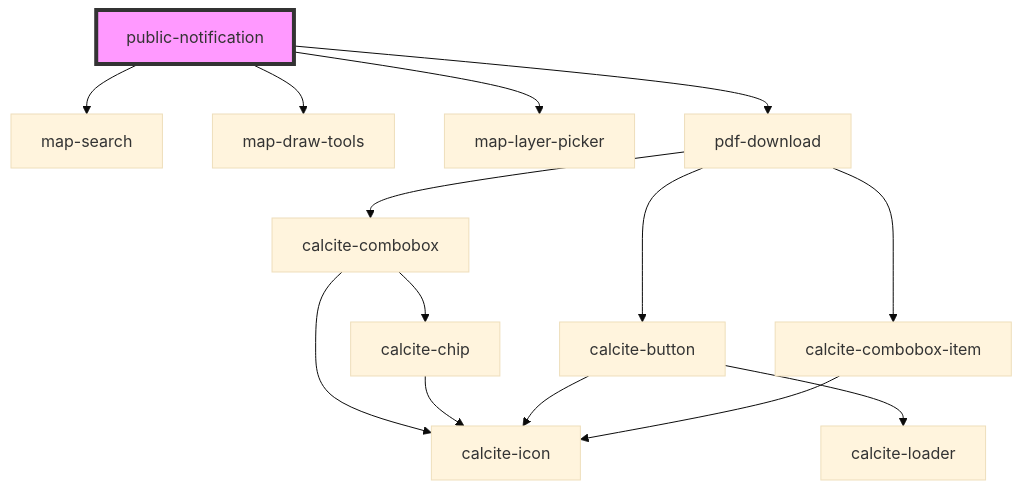
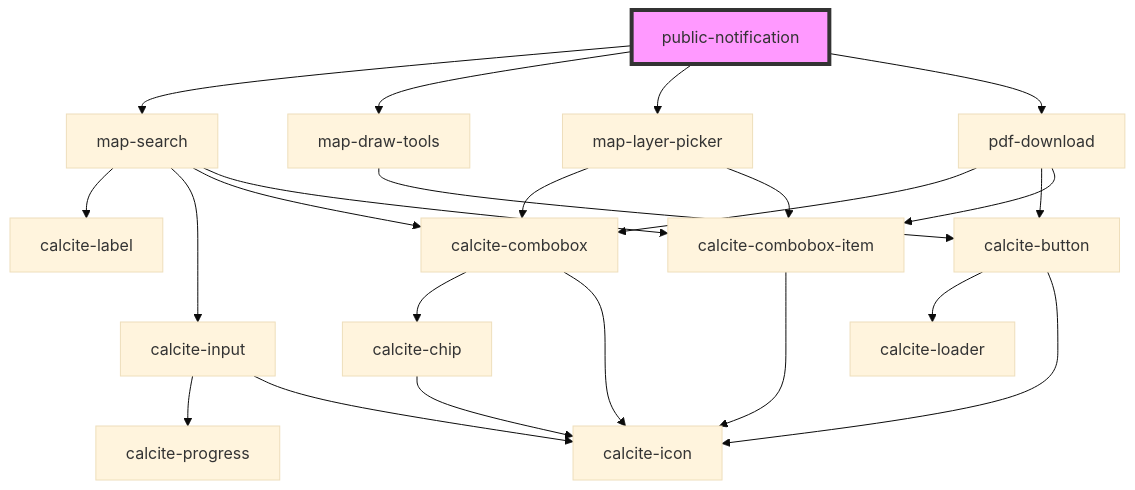
The diagram in src/components/public-notification/readme.md (Esri/solutions-components), drawn with Mermaid (base theme) before and after one commit. The commit also changed 14 other files, not shown here.

````diff
--- a/src/components/public-notification/readme.md
+++ b/src/components/public-notification/readme.md
@@ -27,17 +27,26 @@
 ```mermaid
 graph TD;
   public-notification --> map-search
   public-notification --> map-draw-tools
   public-notification --> map-layer-picker
   public-notification --> pdf-download
+  map-search --> calcite-label
+  map-search --> calcite-input
+  map-search --> calcite-combobox
+  map-search --> calcite-combobox-item
+  calcite-input --> calcite-progress
+  calcite-input --> calcite-icon
+  calcite-combobox --> calcite-chip
+  calcite-combobox --> calcite-icon
+  calcite-chip --> calcite-icon
+  calcite-combobox-item --> calcite-icon
+  map-draw-tools --> calcite-button
+  calcite-button --> calcite-loader
+  calcite-button --> calcite-icon
+  map-layer-picker --> calcite-combobox
+  map-layer-picker --> calcite-combobox-item
   pdf-download --> calcite-combobox
   pdf-download --> calcite-button
   pdf-download --> calcite-combobox-item
-  calcite-combobox --> calcite-chip
-  calcite-combobox --> calcite-icon
-  calcite-chip --> calcite-icon
-  calcite-button --> calcite-loader
-  calcite-button --> calcite-icon
-  calcite-combobox-item --> calcite-icon
   style public-notification fill:#f9f,stroke:#333,stroke-width:4px
 ```
````
